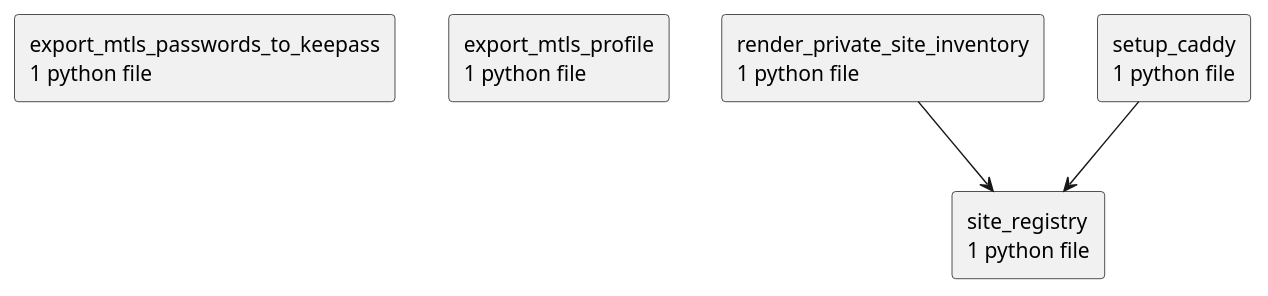
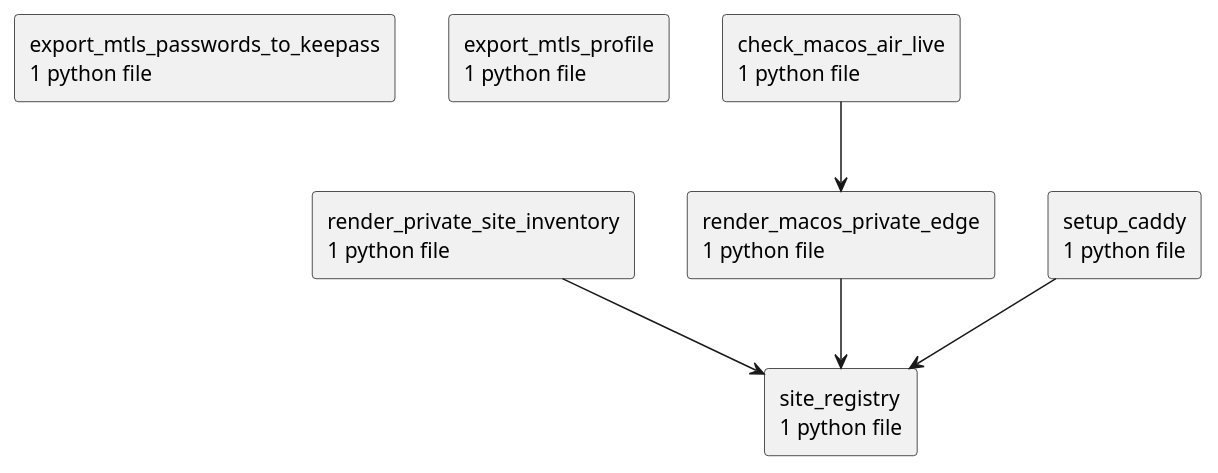
Before and after one commit to casonk/wiring-harness: the diagram in docs/diagrams/python-packages.puml, drawn with PlantUML. The commit also changed 24 other files, not shown here.

First line of the commit message:
feat: render the macOS private edge and its mesh-only PKI (#4)

```diff
--- a/docs/diagrams/python-packages.puml
+++ b/docs/diagrams/python-packages.puml
@@ -1,12 +1,16 @@
 @startuml packages_wiring-harness
 set namespaceSeparator none
 top to bottom direction
 skinparam componentStyle rectangle
 rectangle "export_mtls_passwords_to_keepass\n1 python file" as export_mtls_passwords_to_keepass
 rectangle "export_mtls_profile\n1 python file" as export_mtls_profile
 rectangle "render_private_site_inventory\n1 python file" as render_private_site_inventory
+rectangle "check_macos_air_live\n1 python file" as check_macos_air_live
+rectangle "render_macos_private_edge\n1 python file" as render_macos_private_edge
 rectangle "setup_caddy\n1 python file" as setup_caddy
 rectangle "site_registry\n1 python file" as site_registry
 render_private_site_inventory --> site_registry
+check_macos_air_live --> render_macos_private_edge
+render_macos_private_edge --> site_registry
 setup_caddy --> site_registry
 @enduml
```
